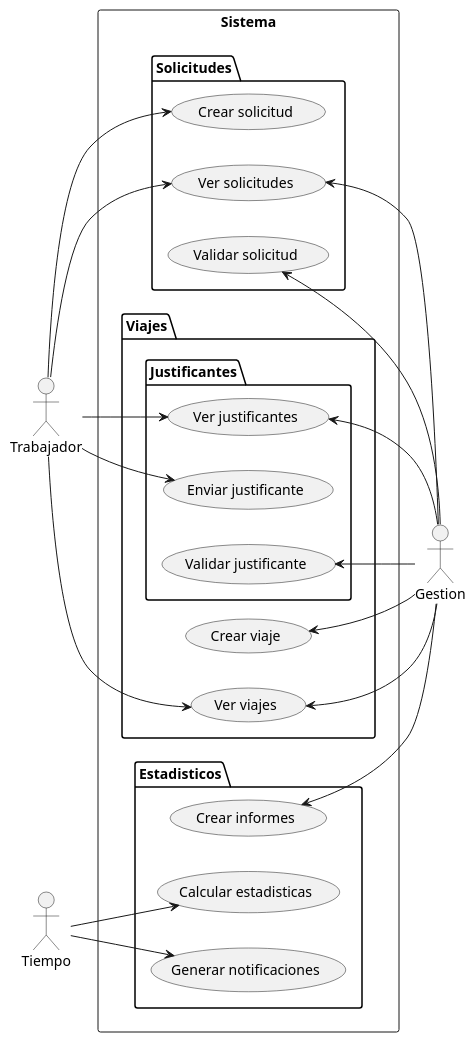
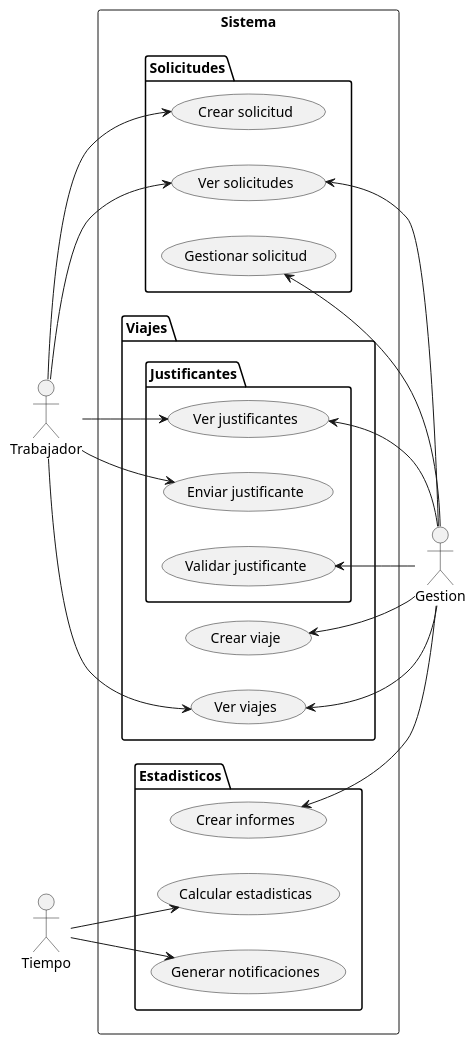
Before and after one commit to JaimeTruman/IdSw1-22-23: the diagram in 000-entregas/Grupo3/casosdeusos/CasosDeUsos.puml, drawn with PlantUML.

```diff
--- a/000-entregas/Grupo3/casosdeusos/CasosDeUsos.puml
+++ b/000-entregas/Grupo3/casosdeusos/CasosDeUsos.puml
@@ -1,50 +1,50 @@
 @startuml
 left to right direction
 
 actor "Gestion" as G
 actor "Trabajador" as P
 actor "Tiempo" as T
 
 rectangle Sistema {
     package Solicitudes {
       usecase "Crear solicitud" as S_P_S
       usecase "Ver solicitudes" as S_V_S
-      usecase "Validar solicitud" as S_V_AC
+      usecase "Gestionar solicitud" as S_V_AC
    }
     package Viajes {
       package Justificantes {
            usecase "Ver justificantes" as VJ_GP_VJ
            usecase "Enviar justificante" as VJ_P_EJ
            usecase "Validar justificante" as VJ_G_VJ
       }
       usecase "Crear viaje" as V_G_CV
       usecase "Ver viajes" as V_G_VV
     }
     package Estadisticos {
       usecase "Crear informes" as V_G_CI
       usecase "Calcular estadisticas" as V_T_CCN
       usecase "Generar notificaciones" as V_T_CGC
     }
 }
 
 
 G --> S_V_AC
 G --> S_V_S
 
 P --> S_V_S
 P --> S_P_S
 P --> VJ_GP_VJ
 P --> VJ_P_EJ 
 P --> V_G_VV
 
 T --> V_T_CCN
 T --> V_T_CGC
 
 
 
 V_G_VV <-- G
 V_G_CV <-- G
 VJ_G_VJ <-- G
 V_G_CI <-- G
 VJ_GP_VJ <-- G
 @enduml
```
